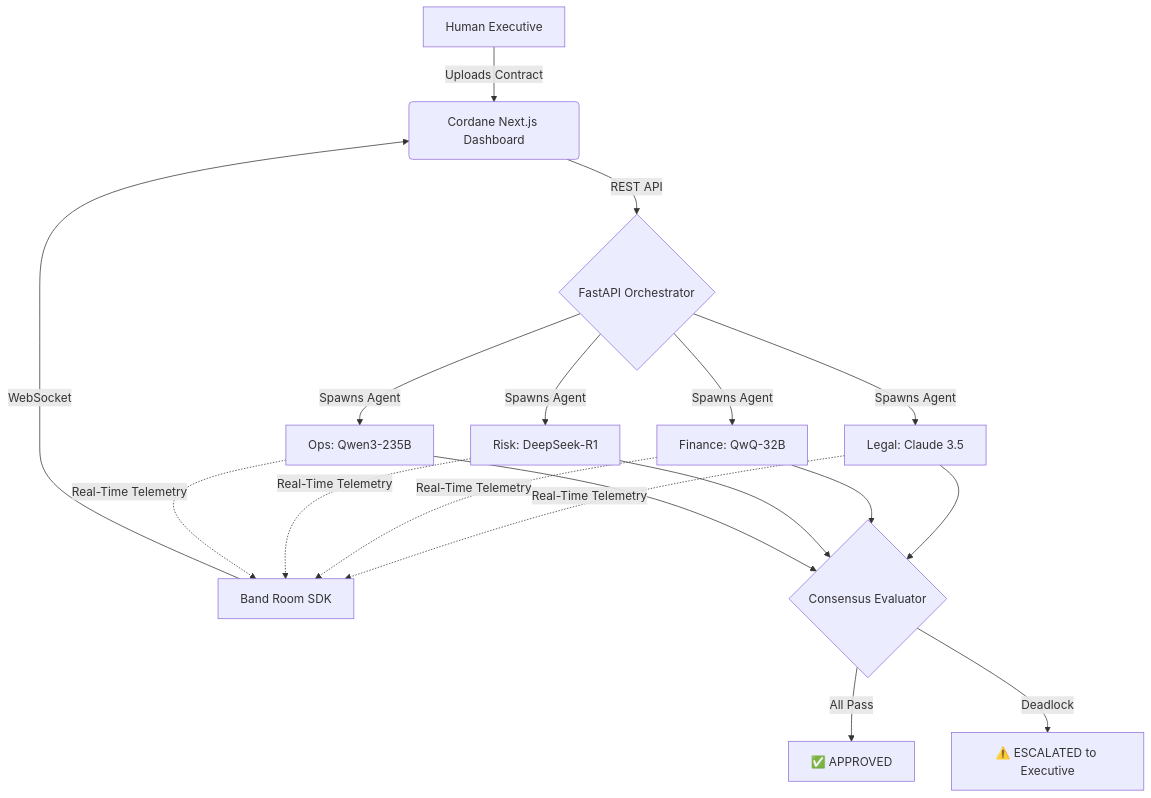
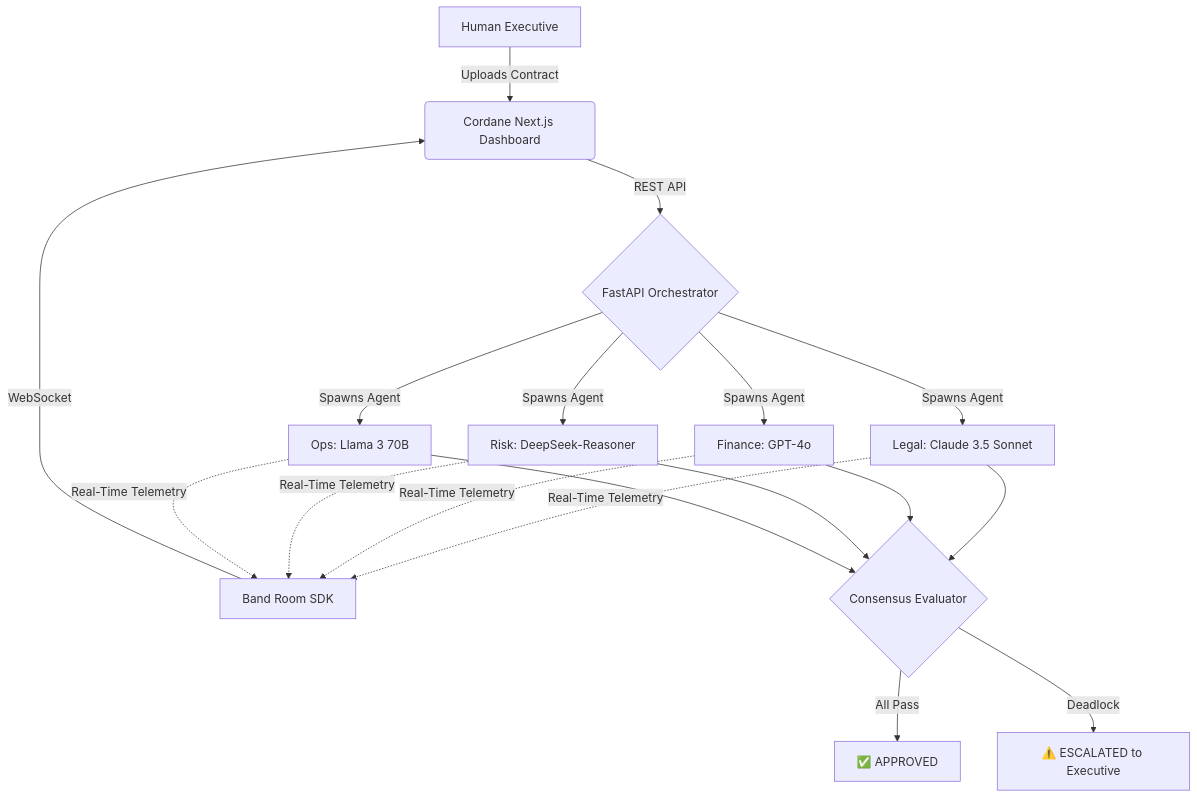
Before and after one commit to HillaryIkhais/Cordane: the diagram in README.md, drawn with Mermaid. The commit also changed other lines of this file and 1 other file, not shown here.

````diff
--- a/README.md
+++ b/README.md
@@ -37,25 +36,25 @@
 ```mermaid
 graph TD
     A[Human Executive] -->|Uploads Contract| B(Cordane Next.js Dashboard)
     B -->|REST API| C{FastAPI Orchestrator}
     
-    C -->|Spawns Agent| D[Legal: Claude 3.5]
-    C -->|Spawns Agent| E[Finance: QwQ-32B]
-    C -->|Spawns Agent| F[Risk: DeepSeek-R1]
-    C -->|Spawns Agent| G[Ops: Qwen3-235B]
+    C -->|Spawns Agent| D[Legal: Claude 3.5 Sonnet]
+    C -->|Spawns Agent| E[Finance: GPT-4o]
+    C -->|Spawns Agent| F[Risk: DeepSeek-Reasoner]
+    C -->|Spawns Agent| G[Ops: Llama 3 70B]
     
     D -.->|Real-Time Telemetry| H[Band Room SDK]
     E -.->|Real-Time Telemetry| H
     F -.->|Real-Time Telemetry| H
     G -.->|Real-Time Telemetry| H
     
     H -->|WebSocket| B
     
     D --> I{Consensus Evaluator}
     E --> I
     F --> I
     G --> I
     
     I -->|All Pass| J[✅ APPROVED]
     I -->|Deadlock| K[⚠️ ESCALATED to Executive]
 ```
````
